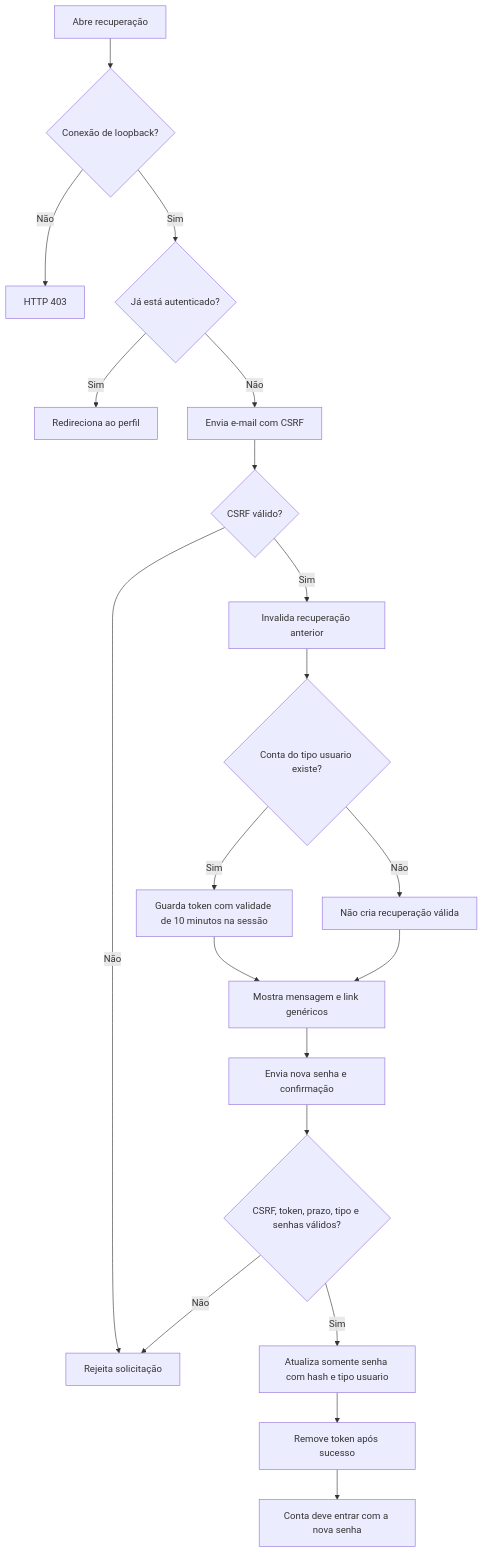
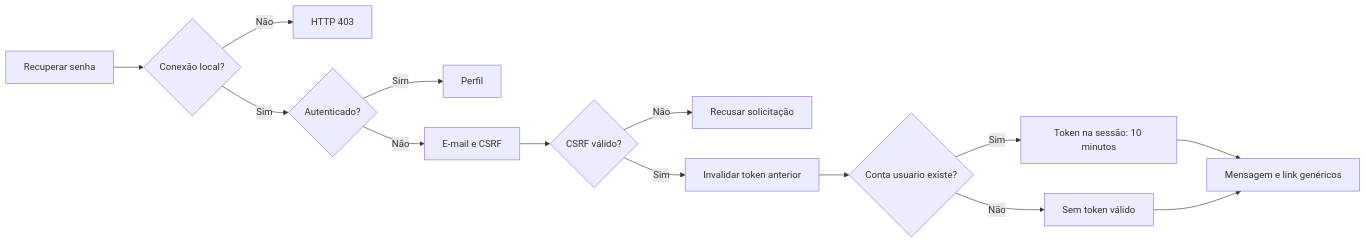
Before and after one commit to Matheus-Talasso-Gil/Impulsos-Cursos: the sixth of 21 diagrams in diagrama.md, drawn with Mermaid. The commit also changed other lines of this file and 1 other file, not shown here.

Commit message:
Atualizando o diagrama e criando o product backlog

````diff
--- a/diagrama.md
+++ b/diagrama.md
@@ -153,22 +180,16 @@
 ```mermaid
-flowchart TD
-    A[Abre recuperação] --> B{Conexão de loopback?}
-    B -->|Não| C[HTTP 403]
-    B -->|Sim| D{Já está autenticado?}
-    D -->|Sim| E[Redireciona ao perfil]
-    D -->|Não| F[Envia e-mail com CSRF]
-    F --> G{CSRF válido?}
-    G -->|Não| H[Rejeita solicitação]
-    G -->|Sim| I[Invalida recuperação anterior]
-    I --> J{Conta do tipo usuario existe?}
-    J -->|Sim| K[Guarda token com validade de 10 minutos na sessão]
-    J -->|Não| L[Não cria recuperação válida]
-    K --> M[Mostra mensagem e link genéricos]
-    L --> M
-    M --> N[Envia nova senha e confirmação]
-    N --> O{CSRF, token, prazo, tipo e senhas válidos?}
-    O -->|Não| H
-    O -->|Sim| P[Atualiza somente senha com hash e tipo usuario]
-    P --> Q[Remove token após sucesso]
-    Q --> R[Conta deve entrar com a nova senha]
+graph LR
+    Solicitar["Recuperar senha"] --> Local{"Conexão local?"}
+    Local -->|Não| Negado["HTTP 403"]
+    Local -->|Sim| Sessao{"Autenticado?"}
+    Sessao -->|Sim| Perfil["Perfil"]
+    Sessao -->|Não| Email["E-mail e CSRF"]
+    Email --> Validar{"CSRF válido?"}
+    Validar -->|Não| Erro["Recusar solicitação"]
+    Validar -->|Sim| Limpar["Invalidar token anterior"]
+    Limpar --> Conta{"Conta usuario existe?"}
+    Conta -->|Sim| Token["Token na sessão: 10 minutos"]
+    Conta -->|Não| Invalido["Sem token válido"]
+    Token --> Mensagem["Mensagem e link genéricos"]
+    Invalido --> Mensagem
 ```
````
